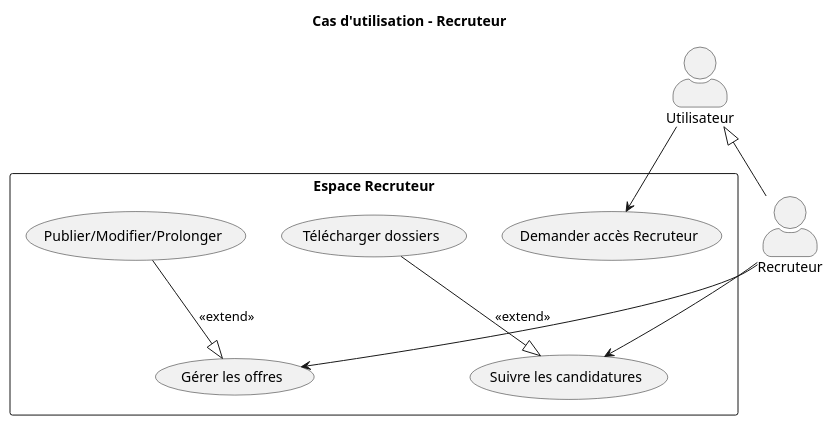
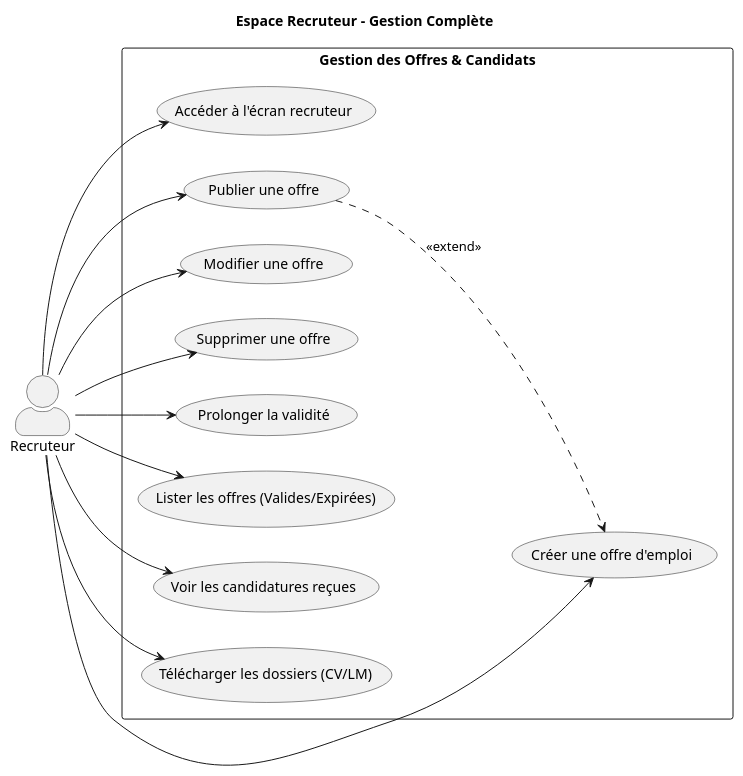
The diagram in TD1/Use Case/Vue Recruteur.puml (djibril-haddadi/U-Recrut), drawn with PlantUML before and after one commit. The commit also changed 8 other files, not shown here.

Commit message:
Mise à jour des diagrammes de cas d'utilisation et des fichiers associés pour refléter les changements dans les fonctionnalités et les rôles des utilisateurs.

```diff
--- a/TD1/Use Case/Vue Recruteur.puml
+++ b/TD1/Use Case/Vue Recruteur.puml
@@ -1,23 +1,31 @@
 @startuml
-title Cas d'utilisation - Recruteur
+title Espace Recruteur - Gestion Complète
+left to right direction
 skinparam actorStyle awesome
 
-actor "Utilisateur" as U
 actor "Recruteur" as R
-U <|-- R
 
-rectangle "Espace Recruteur" {
-    (Demander accès Recruteur) as Req
-    (Gérer les offres) as Jobs
-    (Publier/Modifier/Prolonger) as JobEdit
-    (Suivre les candidatures) as Review
-    (Télécharger dossiers) as Download
+rectangle "Gestion des Offres & Candidats" {
+    usecase "Accéder à l'écran recruteur" as Dash
+    usecase "Créer une offre d'emploi" as Create
+    usecase "Publier une offre" as Publish
+    usecase "Modifier une offre" as Edit
+    usecase "Supprimer une offre" as Delete
+    usecase "Prolonger la validité" as Extend
+    usecase "Lister les offres (Valides/Expirées)" as List
+    usecase "Voir les candidatures reçues" as ViewApp
+    usecase "Télécharger les dossiers (CV/LM)" as Down
+}
 
-    U --> Req
-    R --> Jobs
-    R --> Review
-    
-    JobEdit --|> Jobs : <<extend>>
-    Download --|> Review : <<extend>>
-}
+R --> Dash
+R --> Create
+R --> Publish
+R --> Edit
+R --> Delete
+R --> Extend
+R --> List
+R --> ViewApp
+R --> Down
+
+Publish ..> Create : <<extend>>
 @enduml
```
